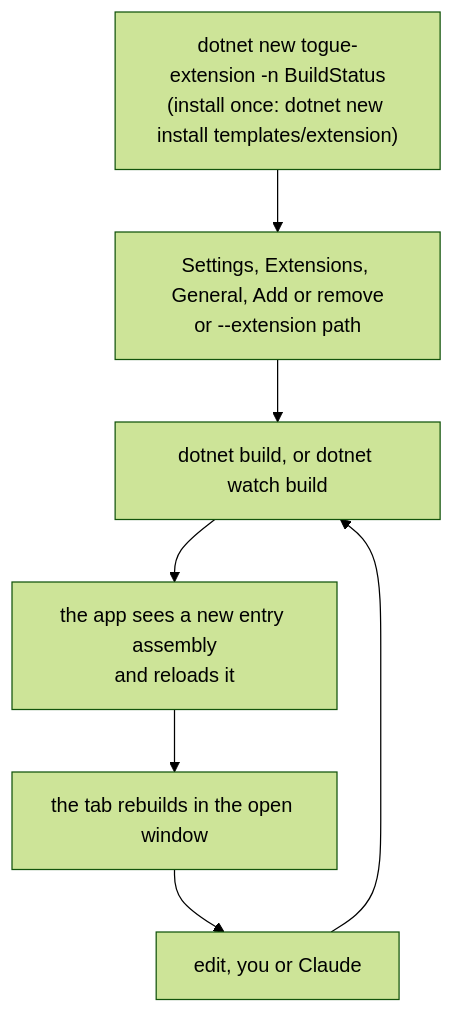
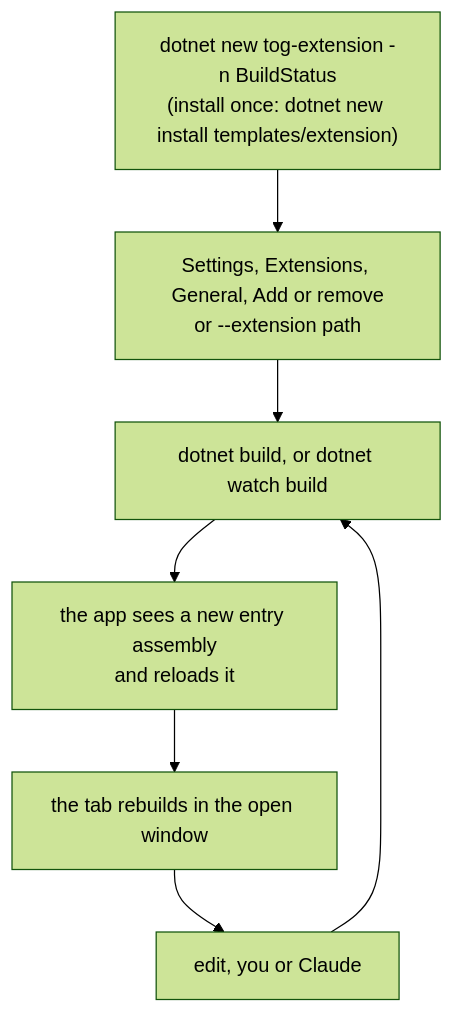
Before and after one commit to BradenTerry/Tog: the first of 10 diagrams in docs/extensions.md, drawn with Mermaid (forest theme). The commit also changed other lines of this file and 483 other files, not shown here.

Commit message:
Rename Togue to Tog

````diff
--- a/docs/extensions.md
+++ b/docs/extensions.md
@@ -16,9 +16,9 @@
 ```mermaid
 flowchart TD
-    A["dotnet new togue-extension -n BuildStatus<br/>(install once: dotnet new install templates/extension)"] --> B["Settings, Extensions, General, Add or remove<br/>or --extension path"]
+    A["dotnet new tog-extension -n BuildStatus<br/>(install once: dotnet new install templates/extension)"] --> B["Settings, Extensions, General, Add or remove<br/>or --extension path"]
     B --> C["dotnet build, or dotnet watch build"]
     C --> D["the app sees a new entry assembly<br/>and reloads it"]
     D --> E["the tab rebuilds in the open window"]
     E --> F["edit, you or Claude"]
     F --> C
 ```
````
